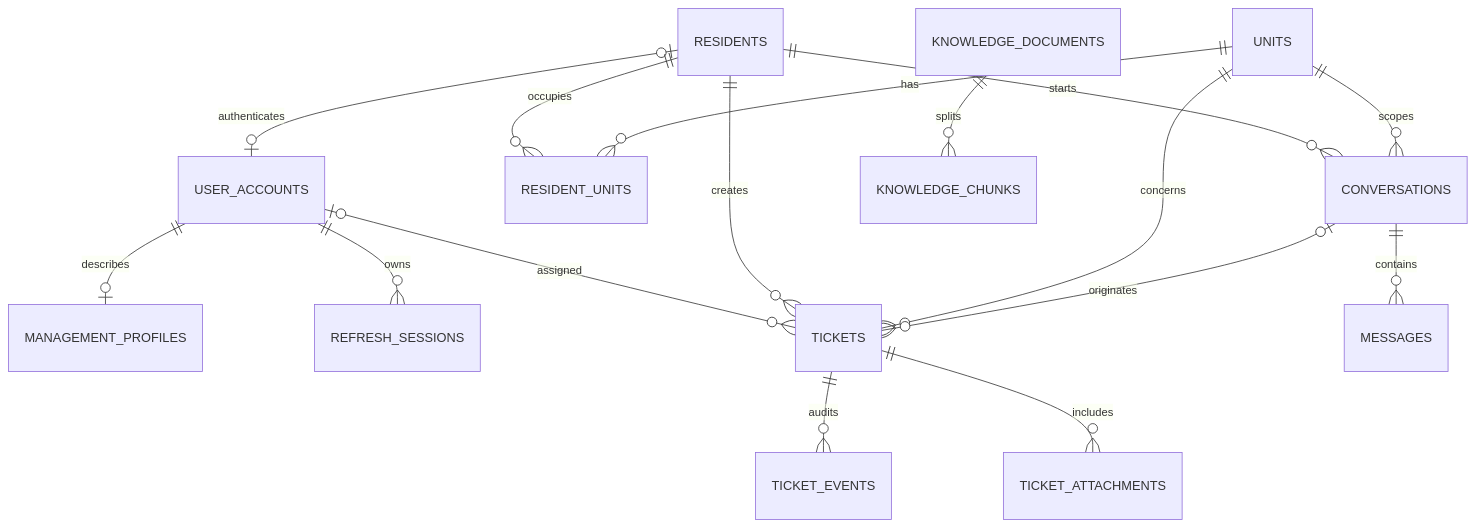
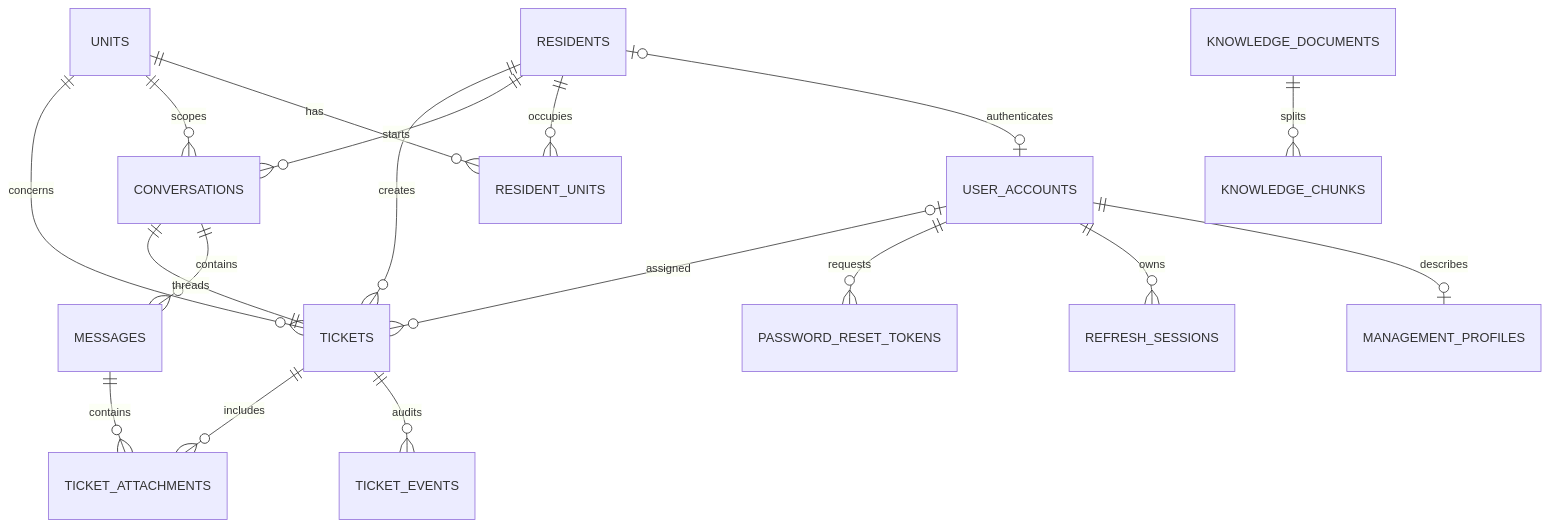
One commit to nguyendangtran2110-bit/p052-deploy changed the first of 2 diagrams in docs/database-design.md. Above: the diagram before and after it, drawn with Mermaid. The commit also changed other lines of this file and 66 other files, not shown here.

````diff
--- a/docs/database-design.md
+++ b/docs/database-design.md
@@ -9,18 +9,20 @@
 ```mermaid
 erDiagram
     RESIDENTS o|--o| USER_ACCOUNTS : authenticates
     USER_ACCOUNTS ||--o| MANAGEMENT_PROFILES : describes
     USER_ACCOUNTS ||--o{ REFRESH_SESSIONS : owns
+    USER_ACCOUNTS ||--o{ PASSWORD_RESET_TOKENS : requests
     USER_ACCOUNTS o|--o{ TICKETS : assigned
     RESIDENTS ||--o{ RESIDENT_UNITS : occupies
     UNITS ||--o{ RESIDENT_UNITS : has
     RESIDENTS ||--o{ CONVERSATIONS : starts
     UNITS ||--o{ CONVERSATIONS : scopes
     CONVERSATIONS ||--o{ MESSAGES : contains
+    MESSAGES ||--o{ TICKET_ATTACHMENTS : contains
     RESIDENTS ||--o{ TICKETS : creates
     UNITS ||--o{ TICKETS : concerns
-    CONVERSATIONS o|--o{ TICKETS : originates
+    CONVERSATIONS ||--|| TICKETS : threads
     TICKETS ||--o{ TICKET_EVENTS : audits
     TICKETS ||--o{ TICKET_ATTACHMENTS : includes
     KNOWLEDGE_DOCUMENTS ||--o{ KNOWLEDGE_CHUNKS : splits
 ```
````
